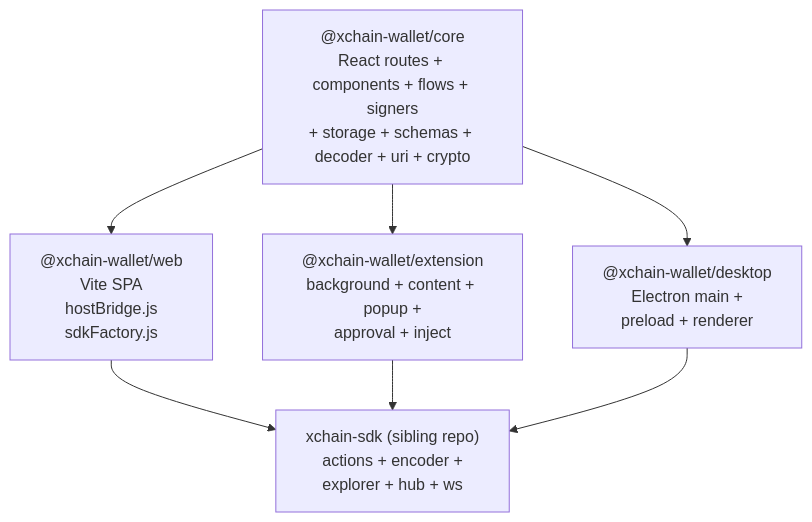
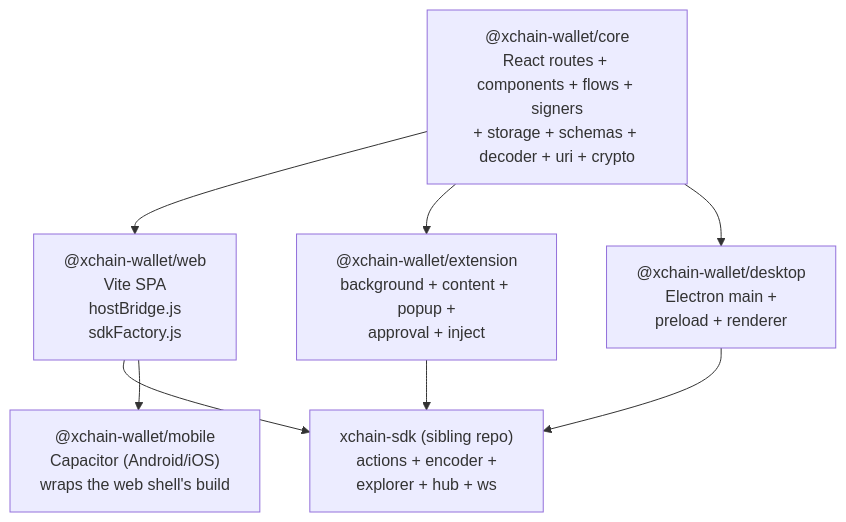
The first of 2 diagrams in components/wallet/architecture.md (XChain-Platform/xchain-documentation), drawn with Mermaid before and after one commit. The commit also changed other lines of this file and 10 other files, not shown here.

Commit message:
docs(sdk,examples): zero-config public hosts in consumer examples, real endpoint resolution order, public API URL forms, four-shell wallet architecture

````diff
--- a/components/wallet/architecture.md
+++ b/components/wallet/architecture.md
@@ -44,15 +45,17 @@
 ```mermaid
 flowchart TD
     CORE["@xchain-wallet/core<br>React routes + components + flows + signers<br>+ storage + schemas + decoder + uri + crypto"]
     WEB["@xchain-wallet/web<br>Vite SPA<br>hostBridge.js<br>sdkFactory.js"]
     EXT["@xchain-wallet/extension<br>background + content + popup +<br>approval + inject"]
     DESKTOP["@xchain-wallet/desktop<br>Electron main +<br>preload + renderer"]
+    MOBILE["@xchain-wallet/mobile<br>Capacitor (Android/iOS)<br>wraps the web shell's build"]
     SDK["xchain-sdk (sibling repo)<br>actions + encoder +<br>explorer + hub + ws"]
 
     CORE --> WEB
     CORE --> EXT
     CORE --> DESKTOP
     WEB --> SDK
     EXT --> SDK
     DESKTOP --> SDK
+    WEB --> MOBILE
 ```
````
